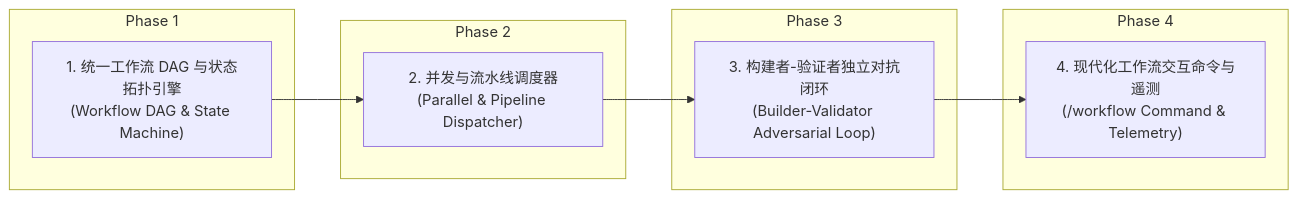
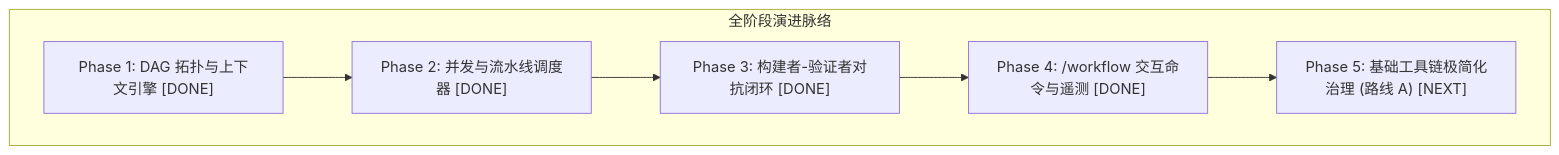
Before and after one commit to h-hei133/cheers: the diagram in GOAL.md, drawn with Mermaid. The commit also changed other lines of this file and 1 other file, not shown here.

Commit message:
docs(goal): establish Phase 5 Lean Toolchain Consolidation plan (Route A) in GOAL.md

````diff
--- a/GOAL.md
+++ b/GOAL.md
@@ -49,20 +14,12 @@
 ```mermaid
-graph LR
-  subgraph "Phase 1"
-    T1["1. 统一工作流 DAG 与状态拓扑引擎<br/>(Workflow DAG & State Machine)"]
+graph TD
+  subgraph "全阶段演进脉络"
+    P1["Phase 1: DAG 拓扑与上下文引擎 [DONE]"]
+    P2["Phase 2: 并发与流水线调度器 [DONE]"]
+    P3["Phase 3: 构建者-验证者对抗闭环 [DONE]"]
+    P4["Phase 4: /workflow 交互命令与遥测 [DONE]"]
+    P5["Phase 5: 基础工具链极简化治理 (路线 A) [NEXT]"]
   end
 
-  subgraph "Phase 2"
-    T2["2. 并发与流水线调度器<br/>(Parallel & Pipeline Dispatcher)"]
-  end
-
-  subgraph "Phase 3"
-    T3["3. 构建者-验证者独立对抗闭环<br/>(Builder-Validator Adversarial Loop)"]
-  end
-
-  subgraph "Phase 4"
-    T4["4. 现代化工作流交互命令与遥测<br/>(/workflow Command & Telemetry)"]
-  end
-
-  T1 --> T2 --> T3 --> T4
+  P1 --> P2 --> P3 --> P4 --> P5
 ```
````
